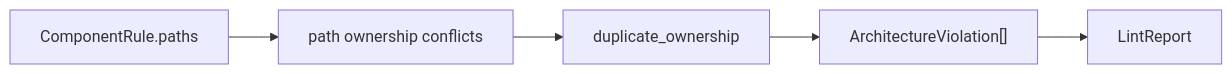
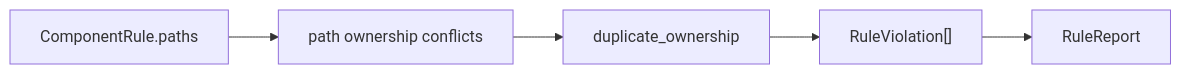
Before and after one commit to RoyalPineapple/BumperBowling: the fourth of 9 diagrams in docs/ARCHITECTURE_SNAPSHOT.md, drawn with Mermaid. The commit also changed other lines of this file and 54 other files, not shown here.

First line of the commit message:
Open shaper architecture: BumperProject, one engine, one runner (0.5.0) (#39)

````diff
--- a/docs/ARCHITECTURE_SNAPSHOT.md
+++ b/docs/ARCHITECTURE_SNAPSHOT.md
@@ -60,7 +60,7 @@
 ```mermaid
 flowchart LR
     Paths["ComponentRule.paths"] --> Ownership["path ownership conflicts"]
     Ownership --> DuplicateOwnership["duplicate_ownership"]
-    DuplicateOwnership --> Findings["ArchitectureViolation[]"]
-    Findings --> Report["LintReport"]
+    DuplicateOwnership --> Findings["RuleViolation[]"]
+    Findings --> Report["RuleReport"]
 ```
````
